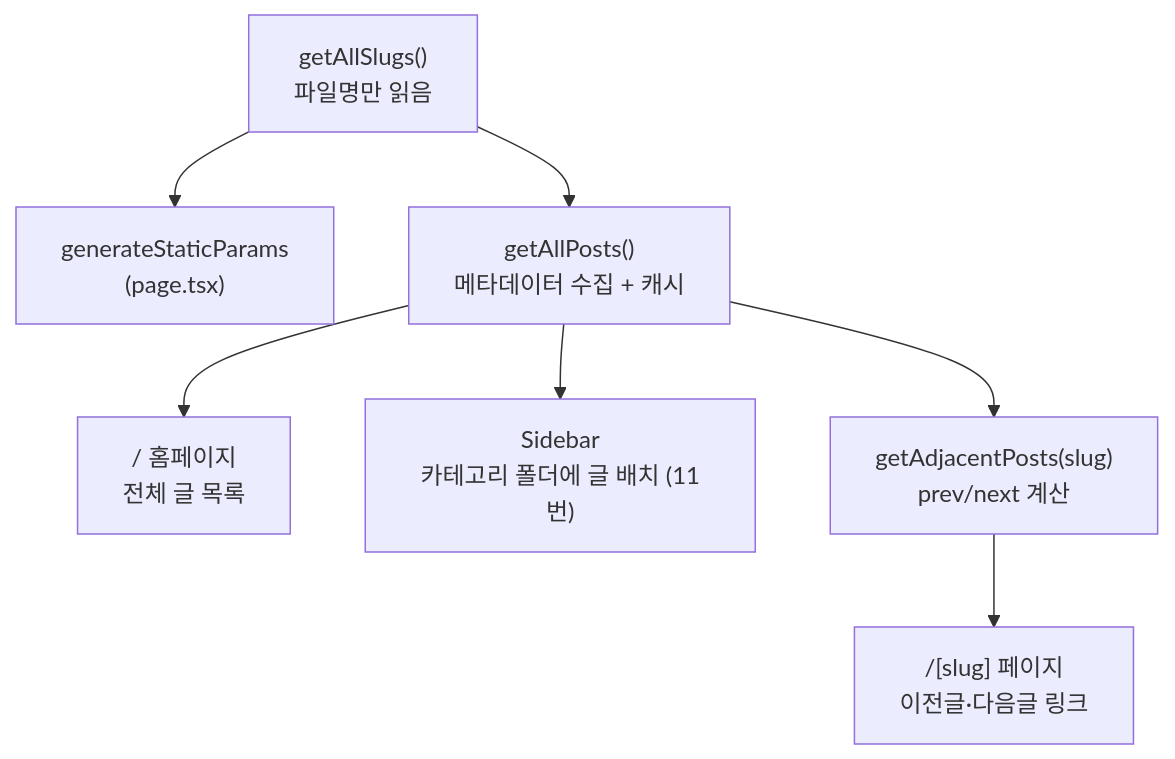
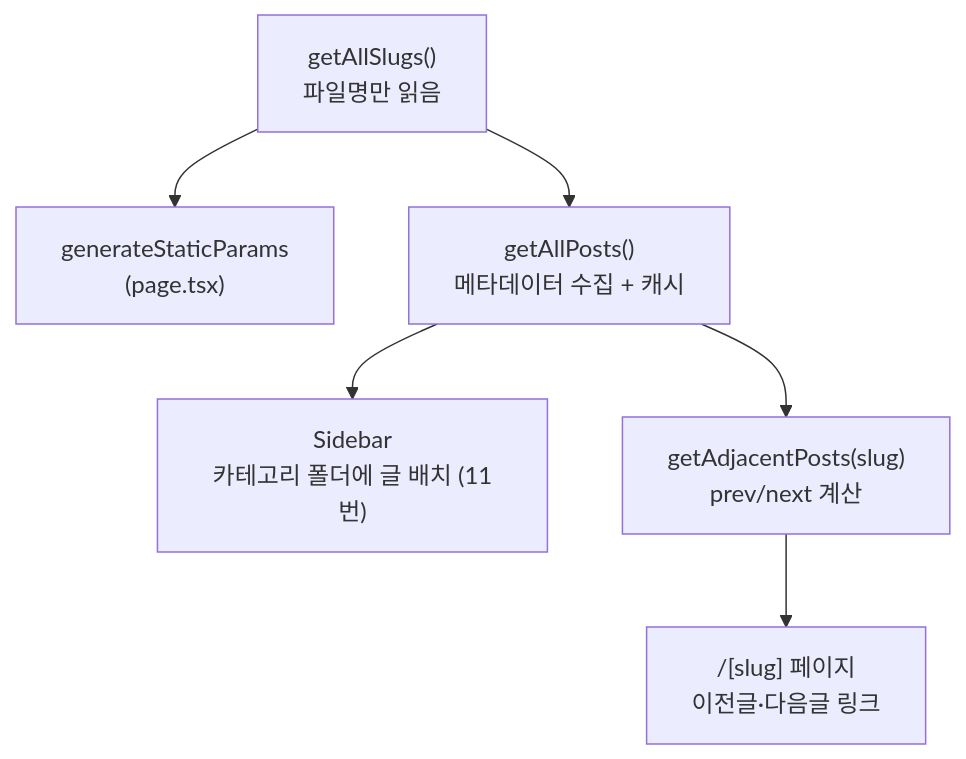
One commit to jeongho3786/myblog changed the fifth of 13 diagrams in docs/architecture.md. Above: the diagram before and after it, drawn with Mermaid. The commit also changed other lines of this file and 4 other files, not shown here.

````diff
--- a/docs/architecture.md
+++ b/docs/architecture.md
@@ -68,11 +68,10 @@
 ```mermaid
 flowchart TD
     getAllSlugs["getAllSlugs()<br/>파일명만 읽음"] --> genParams["generateStaticParams<br/>(page.tsx)"]
     getAllSlugs --> getAllPosts["getAllPosts()<br/>메타데이터 수집 + 캐시"]
 
-    getAllPosts --> Home["/ 홈페이지<br/>전체 글 목록"]
     getAllPosts --> Sidebar["Sidebar<br/>카테고리 폴더에 글 배치 (11번)"]
     getAllPosts --> getAdjacent["getAdjacentPosts(slug)<br/>prev/next 계산"]
 
     getAdjacent --> PostPage["/[slug] 페이지<br/>이전글·다음글 링크"]
 ```
````
